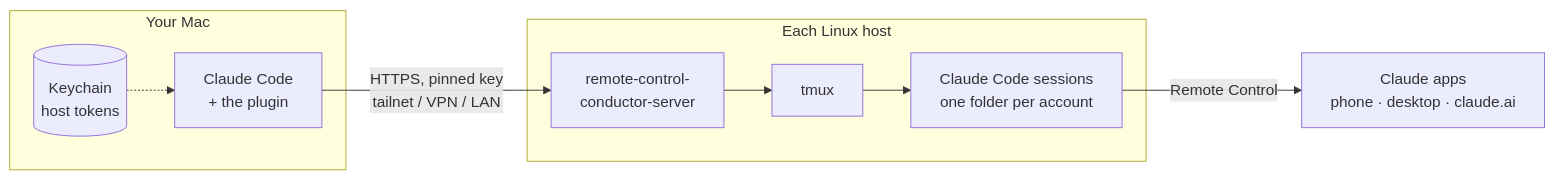
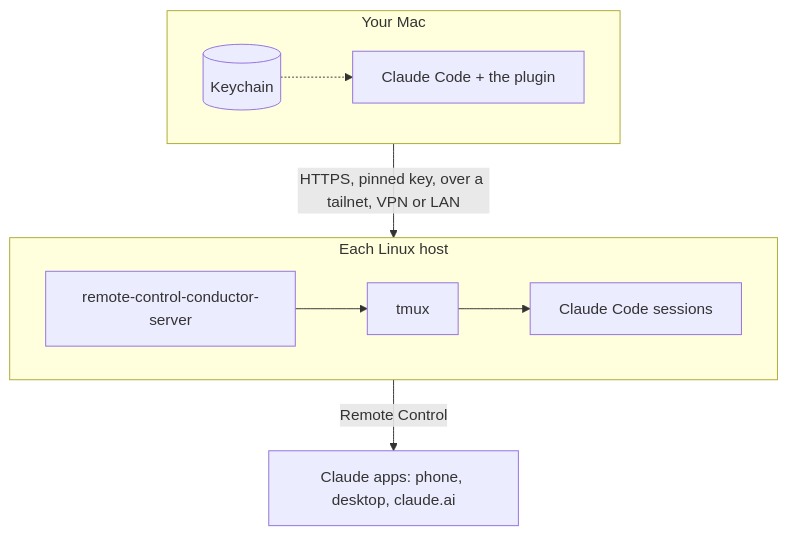
Before and after one commit to marcusadolfsson/remote-control-cli-conductor: the diagram in README.md, drawn with Mermaid. The commit also changed other lines of this file, not shown here.

Commit message:
docs: the diagram top to bottom, and the commands as a list

````diff
--- a/README.md
+++ b/README.md
@@ -107,17 +109,14 @@
 ```mermaid
-flowchart LR
+flowchart TB
   subgraph mac["Your Mac"]
-    cc["Claude Code<br/>+ the plugin"]
-    kc[("Keychain<br/>host tokens")]
+    direction LR
+    kc[("Keychain")] -.-> cc["Claude Code + the plugin"]
   end
   subgraph host["Each Linux host"]
-    srv["remote-control-<br/>conductor-server"]
-    tmux["tmux"]
-    s1["Claude Code sessions<br/>one folder per account"]
+    direction LR
+    srv["remote-control-conductor-server"] --> tmux["tmux"] --> s1["Claude Code sessions"]
   end
-  apps["Claude apps<br/>phone · desktop · claude.ai"]
-  cc -- "HTTPS, pinned key<br/>tailnet / VPN / LAN" --> srv
-  kc -.-> cc
-  srv --> tmux --> s1
-  s1 -- "Remote Control" --> apps
+  apps["Claude apps: phone, desktop, claude.ai"]
+  mac -- "HTTPS, pinned key, over a tailnet, VPN or LAN" --> host
+  host -- "Remote Control" --> apps
 ```
````
